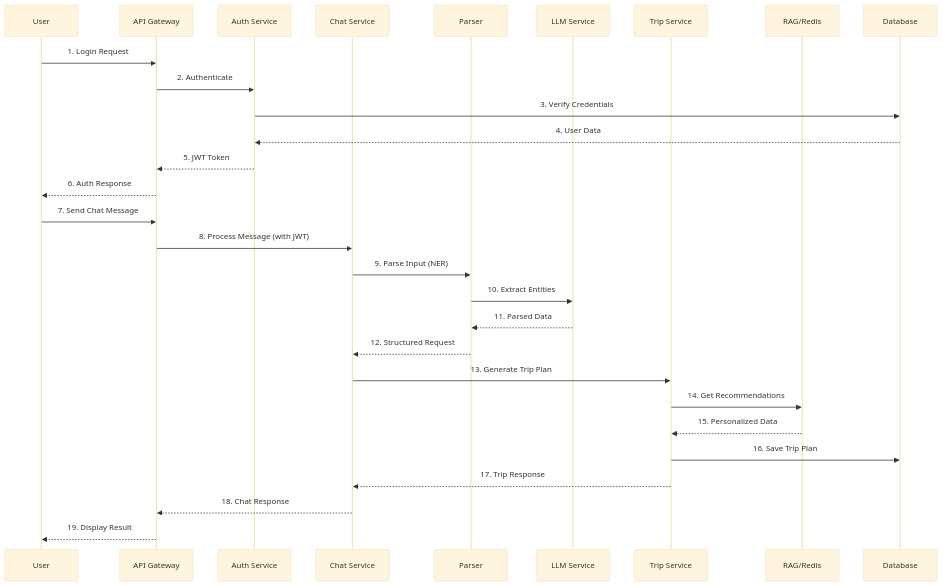
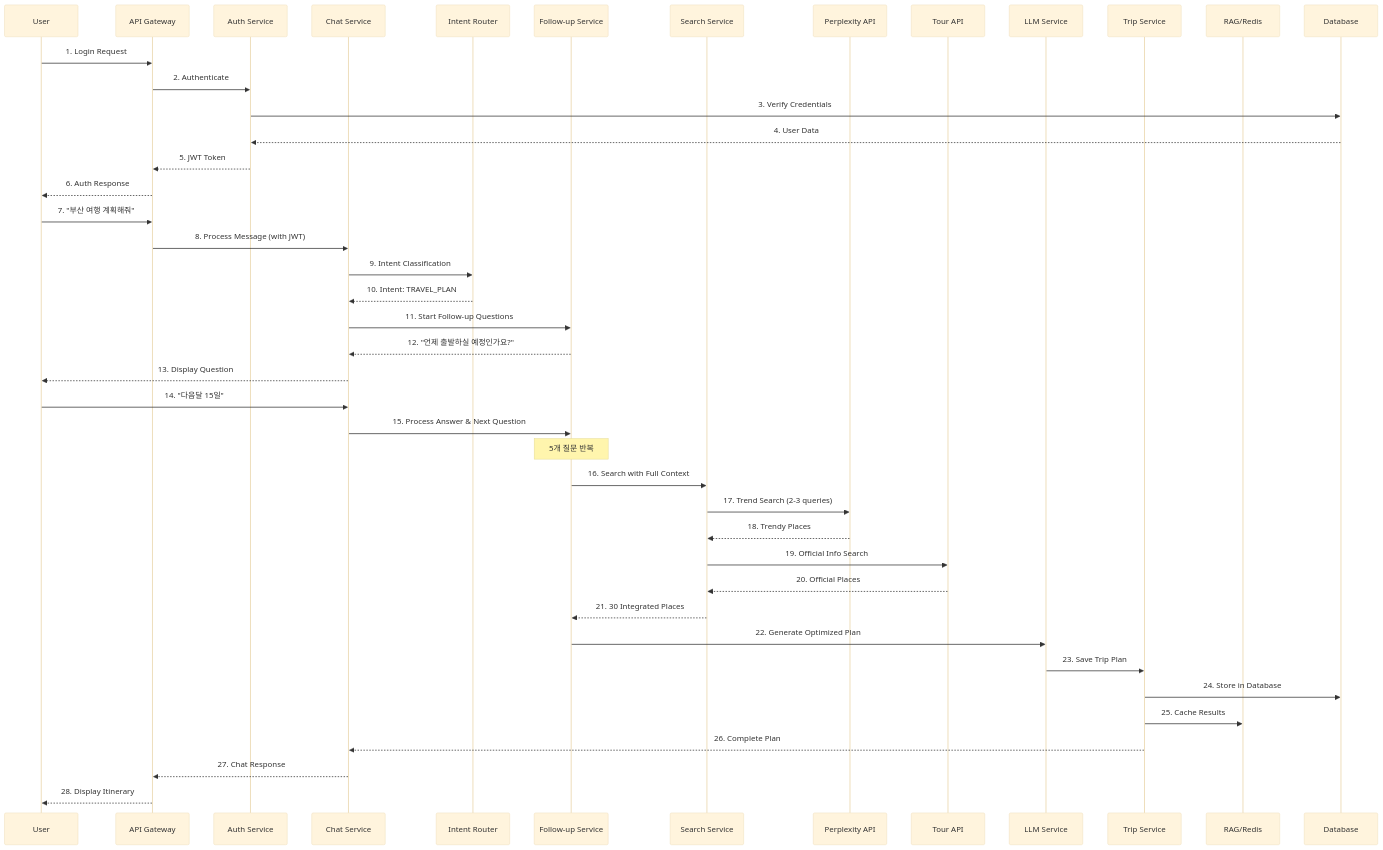
One commit to prgrms-aibe-devcourse/AIBE2_FinalProject_Compass_BE changed the second of 6 diagrams in docs/SYSTEM_ARCHITECTURE.md. Above: the diagram before and after it, drawn with Mermaid (base theme). The commit also changed other lines of this file and 35 other files, not shown here.

````diff
--- a/docs/SYSTEM_ARCHITECTURE.md
+++ b/docs/SYSTEM_ARCHITECTURE.md
@@ -148,33 +161,50 @@
 ```mermaid
 sequenceDiagram
     participant U as User
     participant G as API Gateway
     participant A as Auth Service
     participant C as Chat Service
-    participant P as Parser
+    participant I as Intent Router
+    participant F as Follow-up Service
+    participant S as Search Service
+    participant PP as Perplexity API
+    participant TA as Tour API
     participant L as LLM Service
     participant T as Trip Service
     participant R as RAG/Redis
     participant D as Database
 
     U->>G: 1. Login Request
     G->>A: 2. Authenticate
     A->>D: 3. Verify Credentials
     D-->>A: 4. User Data
     A-->>G: 5. JWT Token
     G-->>U: 6. Auth Response
 
-    U->>G: 7. Send Chat Message
+    U->>G: 7. "부산 여행 계획해줘"
     G->>C: 8. Process Message (with JWT)
-    C->>P: 9. Parse Input (NER)
-    P->>L: 10. Extract Entities
-    L-->>P: 11. Parsed Data
-    P-->>C: 12. Structured Request
-    C->>T: 13. Generate Trip Plan
-    T->>R: 14. Get Recommendations
-    R-->>T: 15. Personalized Data
-    T->>D: 16. Save Trip Plan
-    T-->>C: 17. Trip Response
-    C-->>G: 18. Chat Response
-    G-->>U: 19. Display Result
+    C->>I: 9. Intent Classification
+    I-->>C: 10. Intent: TRAVEL_PLAN
+    C->>F: 11. Start Follow-up Questions
+    F-->>C: 12. "언제 출발하실 예정인가요?"
+    C-->>U: 13. Display Question
+    
+    U->>C: 14. "다음달 15일"
+    C->>F: 15. Process Answer & Next Question
+    Note over F: 5개 질문 반복
+    
+    F->>S: 16. Search with Full Context
+    S->>PP: 17. Trend Search (2-3 queries)
+    PP-->>S: 18. Trendy Places
+    S->>TA: 19. Official Info Search
+    TA-->>S: 20. Official Places
+    S-->>F: 21. 30 Integrated Places
+    
+    F->>L: 22. Generate Optimized Plan
+    L->>T: 23. Save Trip Plan
+    T->>D: 24. Store in Database
+    T->>R: 25. Cache Results
+    T-->>C: 26. Complete Plan
+    C-->>G: 27. Chat Response
+    G-->>U: 28. Display Itinerary
 ```
````
